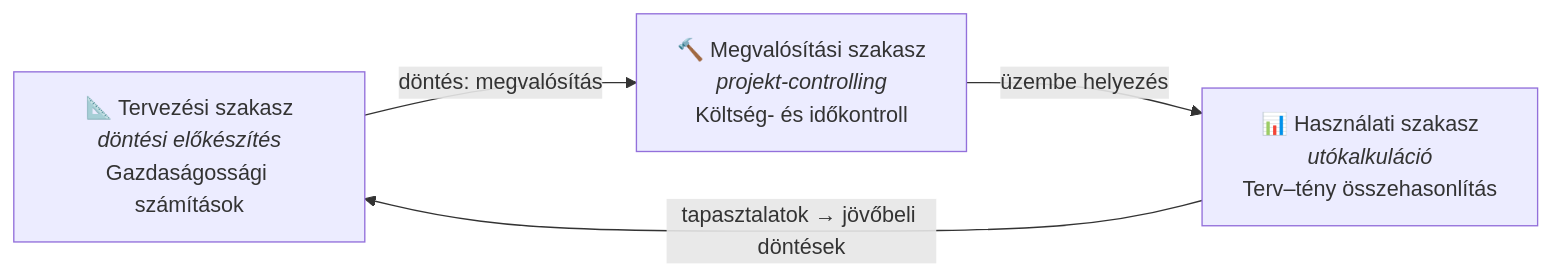
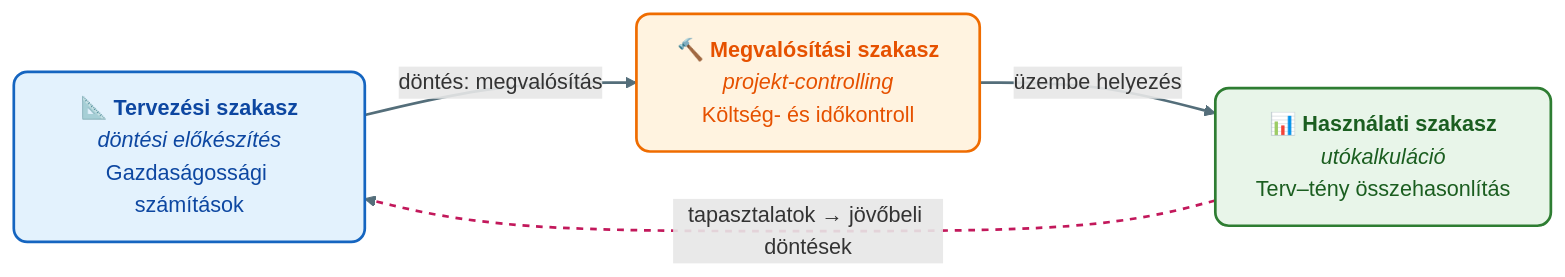
One commit to denespocsik/MM_BSC_Zarovizsga changed the first of 2 diagrams in Tételek/K19-GIXVS2MBLF-Beruházási döntések controlling szemléletben.tétel.md. Above: the diagram before and after it, drawn with Mermaid. The commit also changed other lines of this file and 34 other files, not shown here.

First line of the commit message:
style(tételek): egységes vizuális arculat a Mermaid-diagramokhoz

````diff
--- a/Tételek/K19-GIXVS2MBLF-Beruházási döntések controlling szemléletben.tétel.md
+++ b/Tételek/K19-GIXVS2MBLF-Beruházási döntések controlling szemléletben.tétel.md
@@ -11,9 +11,16 @@
 ```mermaid
 flowchart LR
-    A["📐 Tervezési szakasz<br/><i>döntési előkészítés</i><br/>Gazdaságossági számítások"]
-    B["🔨 Megvalósítási szakasz<br/><i>projekt-controlling</i><br/>Költség- és időkontroll"]
-    C["📊 Használati szakasz<br/><i>utókalkuláció</i><br/>Terv–tény összehasonlítás"]
+    A["📐 <b>Tervezési szakasz</b><br/><i>döntési előkészítés</i><br/>Gazdaságossági számítások"]:::kek
+    B["🔨 <b>Megvalósítási szakasz</b><br/><i>projekt-controlling</i><br/>Költség- és időkontroll"]:::narancs
+    C["📊 <b>Használati szakasz</b><br/><i>utókalkuláció</i><br/>Terv–tény összehasonlítás"]:::zold
 
     A -->|"döntés: megvalósítás"| B -->|"üzembe helyezés"| C
     C -->|"tapasztalatok → jövőbeli döntések"| A
+
+    classDef kek     fill:#e3f2fd,stroke:#1565c0,stroke-width:2px,color:#0d47a1,rx:10,ry:10;
+    classDef zold    fill:#e8f5e9,stroke:#2e7d32,stroke-width:2px,color:#1b5e20,rx:10,ry:10;
+    classDef narancs fill:#fff3e0,stroke:#ef6c00,stroke-width:2px,color:#e65100,rx:10,ry:10;
+
+    linkStyle default stroke:#546e7a,stroke-width:2px;
+    linkStyle 2 stroke:#c2185b,stroke-width:2px,stroke-dasharray: 5 5;
 ```
````
